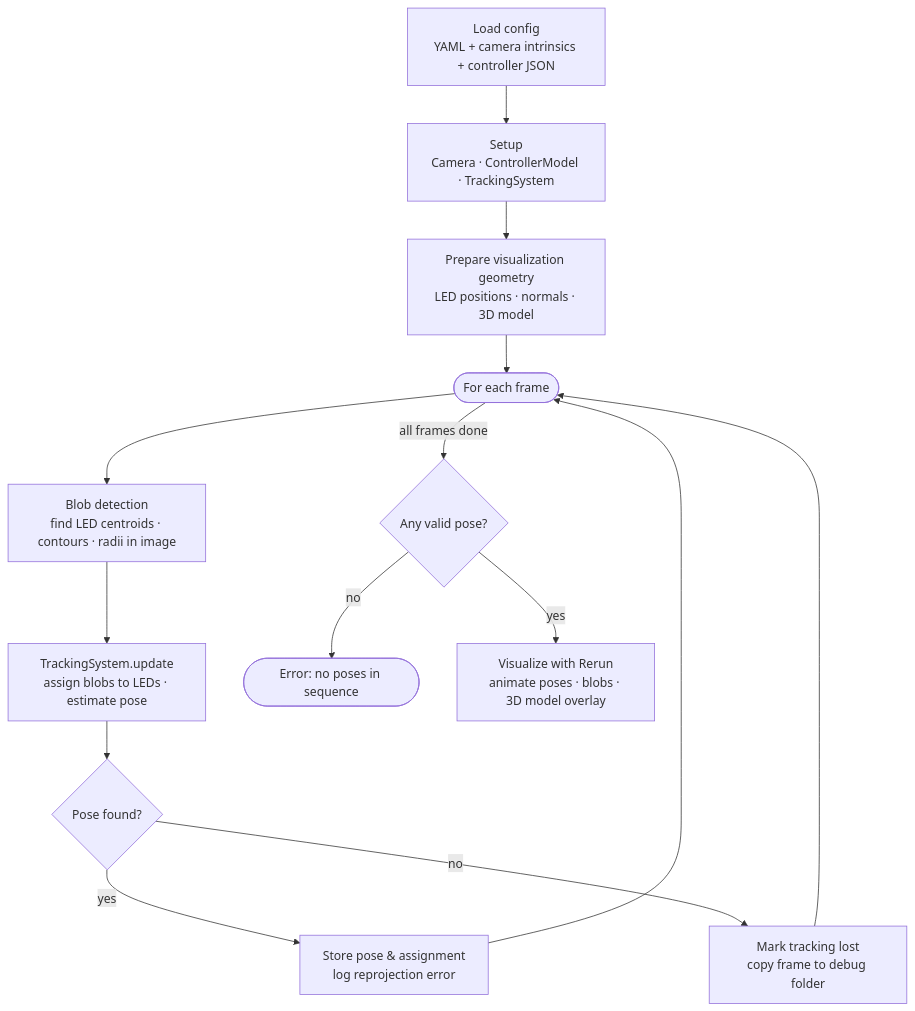
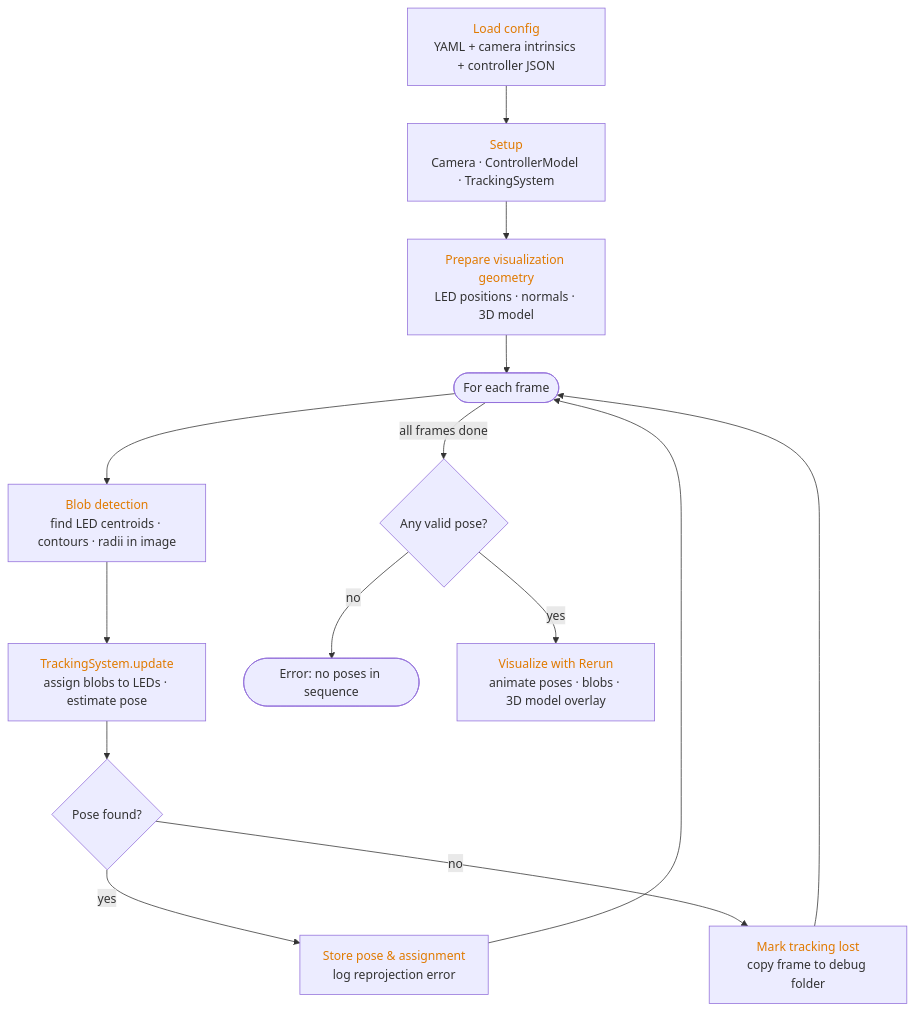
Before and after one commit to nikitakarpuks/controller-tracker-python: the first of 7 diagrams in algorithm_overview.md, drawn with Mermaid. The commit also changed other lines of this file and 3 other files, not shown here.

````diff
--- a/algorithm_overview.md
+++ b/algorithm_overview.md
@@ -3,20 +3,20 @@
 ```mermaid
 flowchart TD
-    A[Load config\nYAML + camera intrinsics + controller JSON] --> B[Setup\nCamera · ControllerModel · TrackingSystem]
-    B --> C[Prepare visualization geometry\nLED positions · normals · 3D model]
+    A["<font color='#e07a00'>Load config</font><br/>YAML + camera intrinsics + controller JSON"] --> B["<font color='#e07a00'>Setup</font><br/>Camera · ControllerModel · TrackingSystem"]
+    B --> C["<font color='#e07a00'>Prepare visualization geometry</font><br/>LED positions · normals · 3D model"]
     C --> D([For each frame])
 
-    D --> E[Blob detection\nfind LED centroids · contours · radii in image]
-    E --> F[TrackingSystem.update\nassign blobs to LEDs · estimate pose]
+    D --> E["<font color='#e07a00'>Blob detection</font><br/>find LED centroids · contours · radii in image"]
+    E --> F["<font color='#e07a00'>TrackingSystem.update</font><br/>assign blobs to LEDs · estimate pose"]
     F --> G{Pose found?}
 
-    G -- yes --> H[Store pose & assignment\nlog reprojection error]
-    G -- no  --> I[Mark tracking lost\ncopy frame to debug folder]
+    G -- yes --> H["<font color='#e07a00'>Store pose &amp; assignment</font><br/>log reprojection error"]
+    G -- no  --> I["<font color='#e07a00'>Mark tracking lost</font><br/>copy frame to debug folder"]
 
     H --> D
     I --> D
 
     D -- all frames done --> J{Any valid pose?}
     J -- no  --> K([Error: no poses in sequence])
-    J -- yes --> L[Visualize with Rerun\nanimate poses · blobs · 3D model overlay]
+    J -- yes --> L["<font color='#e07a00'>Visualize with Rerun</font><br/>animate poses · blobs · 3D model overlay"]
 ```
````
